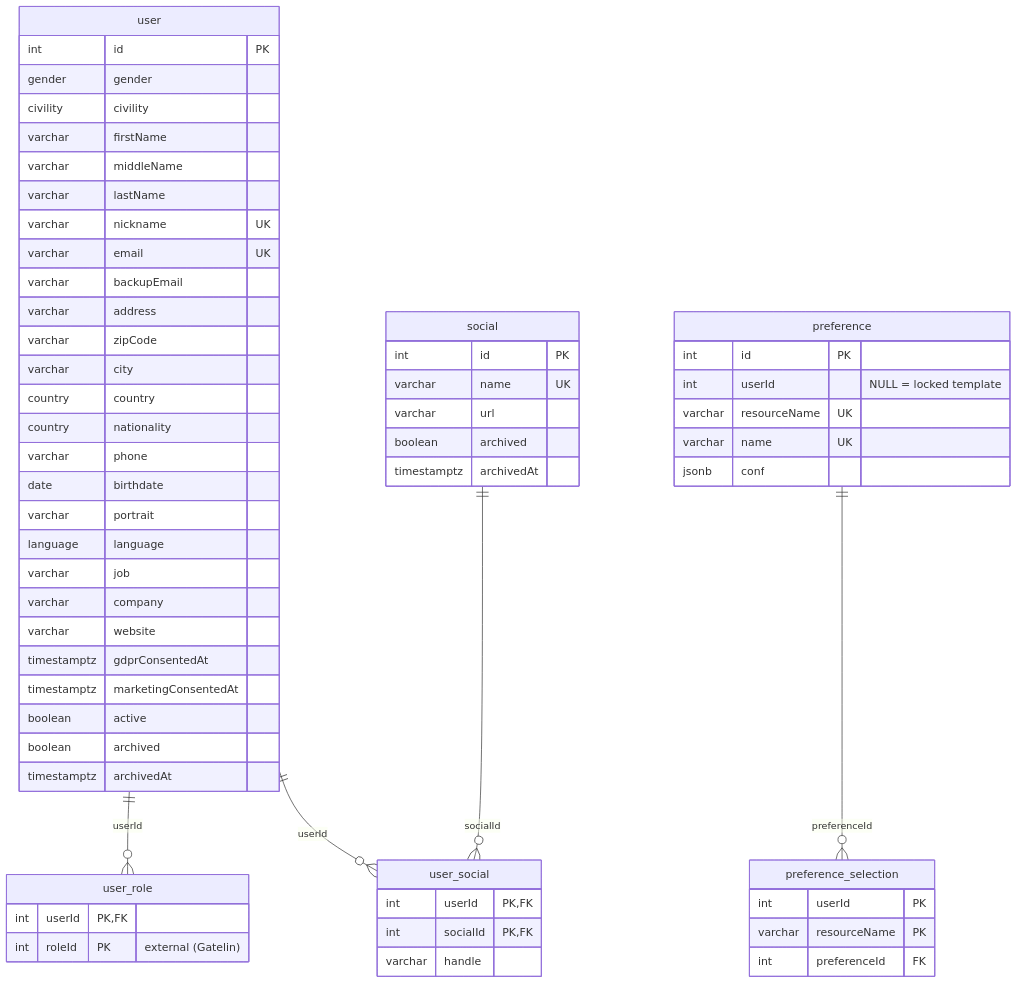
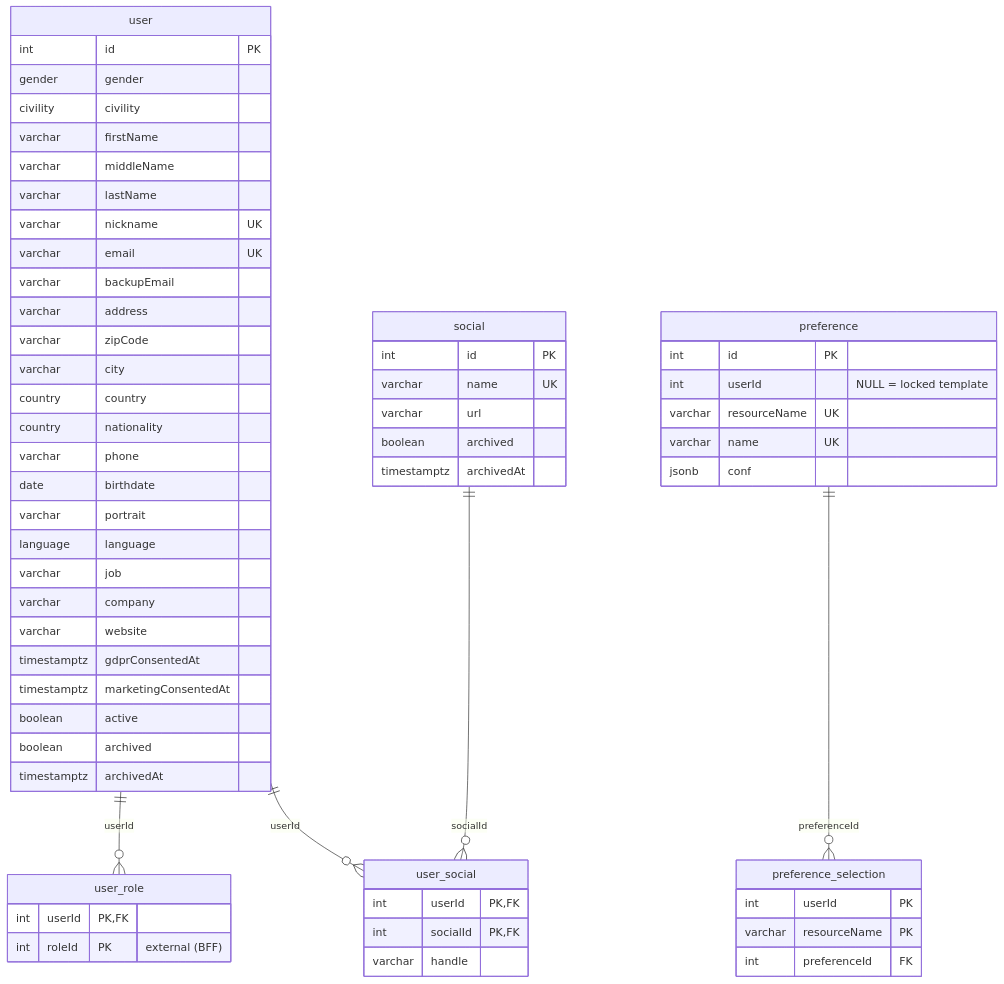
One commit to ALTEN-group/Megadex changed the first of 2 diagrams in website/docs/guide/data-model.md. Above: the diagram before and after it, drawn with Mermaid. The commit also changed other lines of this file and 15 other files, not shown here.

````diff
--- a/website/docs/guide/data-model.md
+++ b/website/docs/guide/data-model.md
@@ -7,69 +7,69 @@
 ```mermaid
 erDiagram
   user ||--o{ user_role : "userId"
   user ||--o{ user_social : "userId"
   social ||--o{ user_social : "socialId"
   preference ||--o{ preference_selection : "preferenceId"
 
   user {
     int id PK
     gender gender
     civility civility
     varchar firstName
     varchar middleName
     varchar lastName
     varchar nickname UK
     varchar email UK
     varchar backupEmail
     varchar address
     varchar zipCode
     varchar city
     country country
     country nationality
     varchar phone
     date birthdate
     varchar portrait
     language language
     varchar job
     varchar company
     varchar website
     timestamptz gdprConsentedAt
     timestamptz marketingConsentedAt
     boolean active
     boolean archived
     timestamptz archivedAt
   }
 
   user_role {
     int userId PK, FK
-    int roleId PK "external (Gatelin)"
+    int roleId PK "external (BFF)"
   }
 
   user_social {
     int userId PK, FK
     int socialId PK, FK
     varchar handle
   }
 
   social {
     int id PK
     varchar name UK
     varchar url
     boolean archived
     timestamptz archivedAt
   }
 
   preference {
     int id PK
     int userId "NULL = locked template"
     varchar resourceName UK
     varchar name UK
     jsonb conf
   }
 
   preference_selection {
     int userId PK
     varchar resourceName PK
     int preferenceId FK
   }
 ```
````
